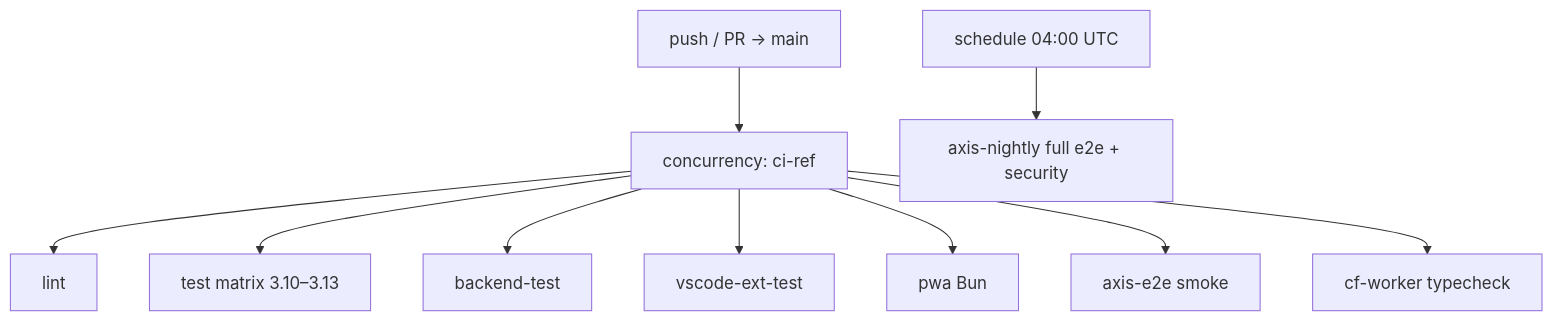
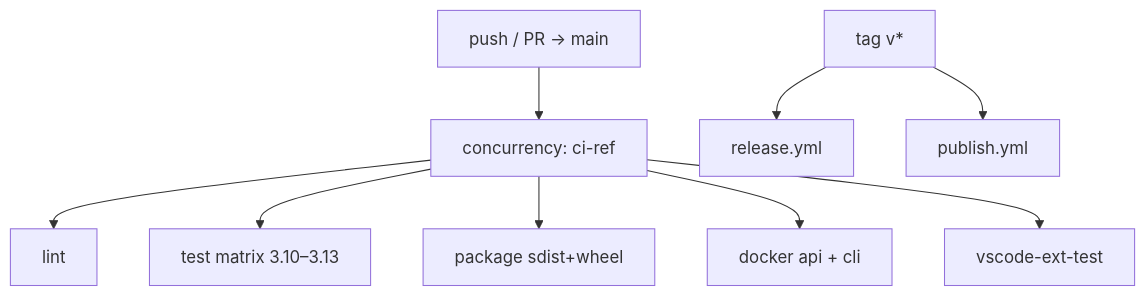
One commit to hoox-sh/pyne changed the diagram in docs/pyne/devops/ci.mdx. Above: the diagram before and after it, drawn with Mermaid. The commit also changed other lines of this file and 8 other files, not shown here.

````diff
--- a/docs/pyne/devops/ci.mdx
+++ b/docs/pyne/devops/ci.mdx
@@ -35,12 +28,11 @@
 ```mermaid
 flowchart TB
   PUSH[push / PR → main] --> CONC[concurrency: ci-ref]
   CONC --> LINT[lint]
   CONC --> TEST[test matrix 3.10–3.13]
-  CONC --> BE[backend-test]
+  CONC --> PKG[package sdist+wheel]
+  CONC --> DOCK[docker api + cli]
   CONC --> VSC[vscode-ext-test]
-  CONC --> PWA[pwa Bun]
-  CONC --> E2E[axis-e2e smoke]
-  CONC --> CF[cf-worker typecheck]
-  NIGHT[schedule 04:00 UTC] --> FULL[axis-nightly full e2e + security]
+  TAG[tag v*] --> REL[release.yml]
+  TAG --> PUB[publish.yml]
 ```
````
